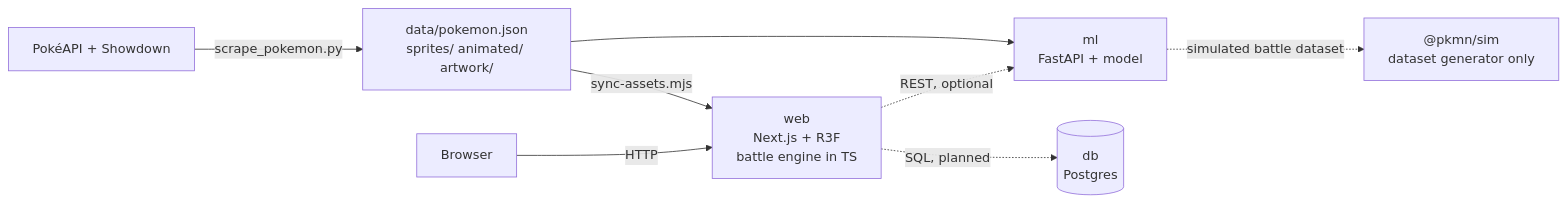
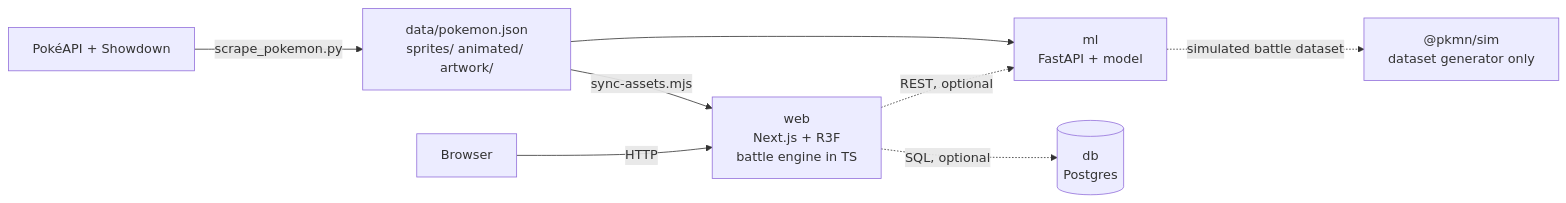
One commit to larissagondim/pokedex-game changed the diagram in README.md. Above: the diagram before and after it, drawn with Mermaid. The commit also changed other lines of this file and 1 other file, not shown here.

Commit message:
docs: Docker, Tamagotchi sync and roadmap

````diff
--- a/README.md
+++ b/README.md
@@ -95,10 +95,10 @@
 ```mermaid
 flowchart LR
     U["Browser"] -->|HTTP| W["web<br/>Next.js + R3F<br/>battle engine in TS"]
     W -.->|REST, optional| M["ml<br/>FastAPI + model"]
-    W -.->|SQL, planned| D[("db<br/>Postgres")]
+    W -.->|SQL, optional| D[("db<br/>Postgres")]
     M -.->|simulated battle dataset| S["@pkmn/sim<br/>dataset generator only"]
     P["PokéAPI + Showdown"] -->|scrape_pokemon.py| J["data/pokemon.json<br/>sprites/ animated/ artwork/"]
     J -->|sync-assets.mjs| W
     J --> M
 ```
````
